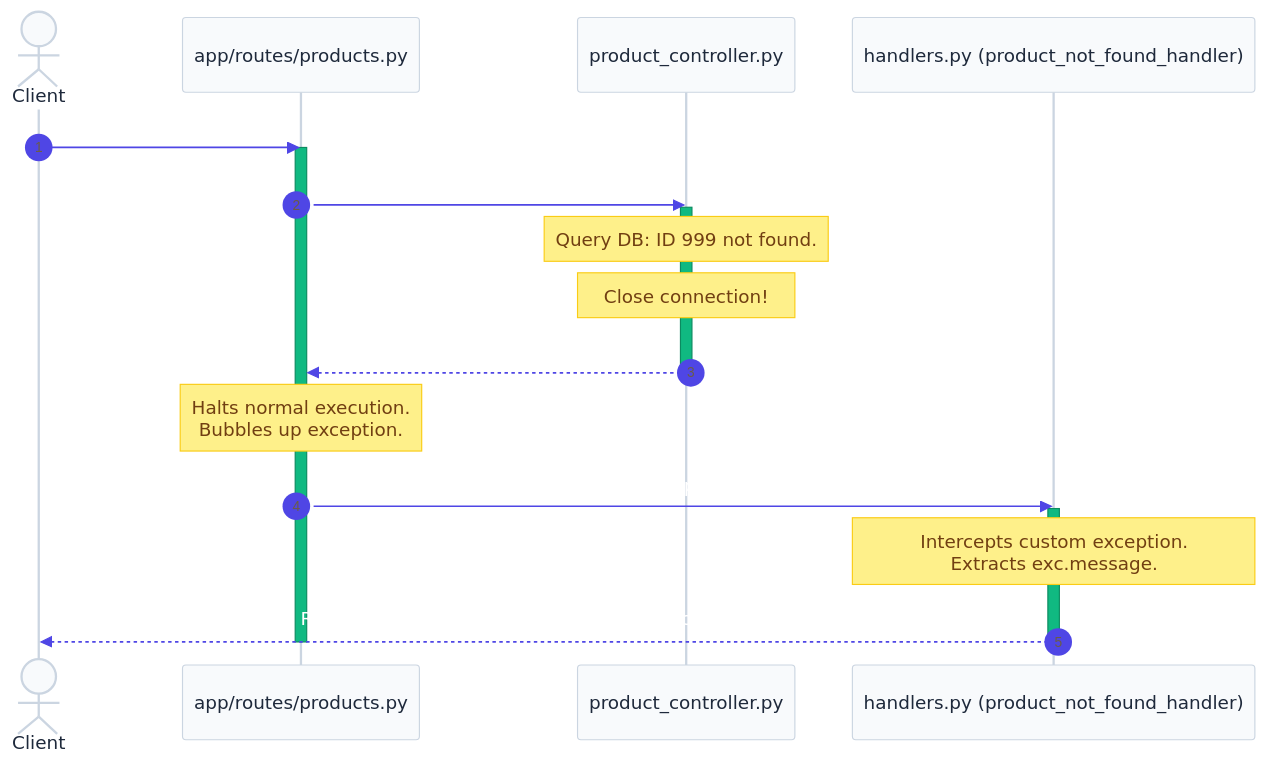
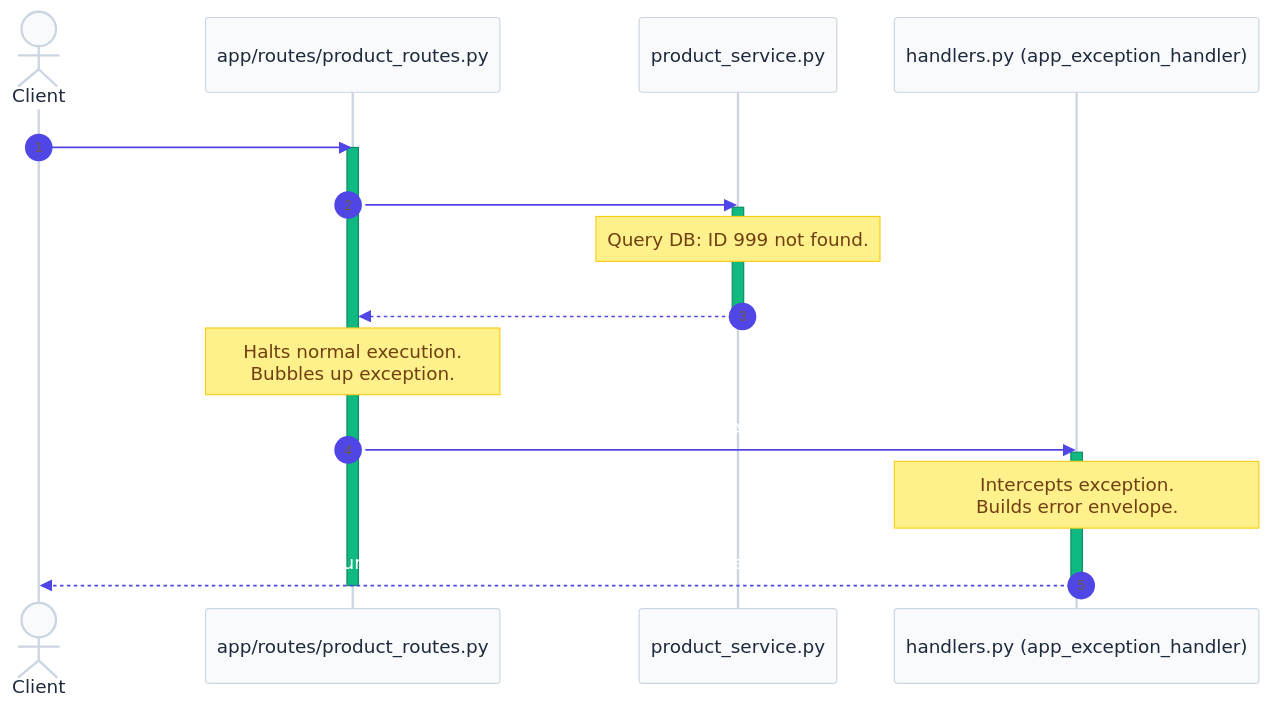
Before and after one commit to nakul-cloud/ecommerce-api: the diagram in app/exceptions/README.md, drawn with Mermaid. The commit also changed other lines of this file and 22 other files, not shown here.

Commit message:
feat: scaffold API architecture with authentication, custom exceptions, controllers, and utility modules.

````diff
--- a/app/exceptions/README.md
+++ b/app/exceptions/README.md
@@ -24,26 +27,25 @@
 ```mermaid
 %%{init: {'theme': 'base', 'themeVariables': {'primaryColor': '#4f46e5', 'primaryTextColor': '#ffffff', 'primaryBorderColor': '#3730a3', 'lineColor': '#94a3b8', 'secondaryColor': '#10b981', 'tertiaryColor': '#f59e0b', 'background': '#ffffff', 'mainBkg': '#f8fafc', 'nodeBorder': '#cbd5e1', 'nodeTextColor': '#1e293b', 'textColor': '#ffffff', 'titleColor': '#ffffff', 'edgeLabelBackground': '#1e293b', 'clusterBkg': '#f1f5f9', 'clusterBorder': '#e2e8f0', 'actorBkg': '#f8fafc', 'actorBorder': '#cbd5e1', 'actorTextColor': '#1e293b', 'signalColor': '#4f46e5', 'signalTextColor': '#ffffff', 'labelColor': '#ffffff', 'loopTextColor': '#ffffff', 'noteBkgColor': '#fef08a', 'noteBorderColor': '#facc15', 'noteTextColor': '#713f12'}}}%%
 sequenceDiagram
     autonumber
     actor Client
-    participant Router as app/routes/products.py
-    participant Controller as product_controller.py
-    participant Handler as handlers.py (product_not_found_handler)
+    participant Router as app/routes/product_routes.py
+    participant Service as product_service.py
+    participant Handler as handlers.py (app_exception_handler)
 
-    Client->>Router: GET /products/999
+    Client->>Router: GET /api/v1/products/999
     activate Router
-    Router->>Controller: get_product_by_id(999)
-    activate Controller
-    Note over Controller: Query DB: ID 999 not found.
-    Note over Controller: Close connection!
-    Controller-->>Router: Raise ProductNotFoundException
-    deactivate Controller
+    Router->>Service: get_product_by_id(999)
+    activate Service
+    Note over Service: Query DB: ID 999 not found.
+    Service-->>Router: Raise ProductNotFoundException
+    deactivate Service
     
     Note over Router: Halts normal execution.<br/>Bubbles up exception.
-    Router->>Handler: Match exception type
+    Router->>Handler: Match exception (AppException)
     activate Handler
-    Note over Handler: Intercepts custom exception.<br/>Extracts exc.message.
+    Note over Handler: Intercepts exception.<br/>Builds error envelope.
     Handler-->>Client: Return JSONResponse(status_code=404, content=...)
     deactivate Handler
     deactivate Router
 ```
````
